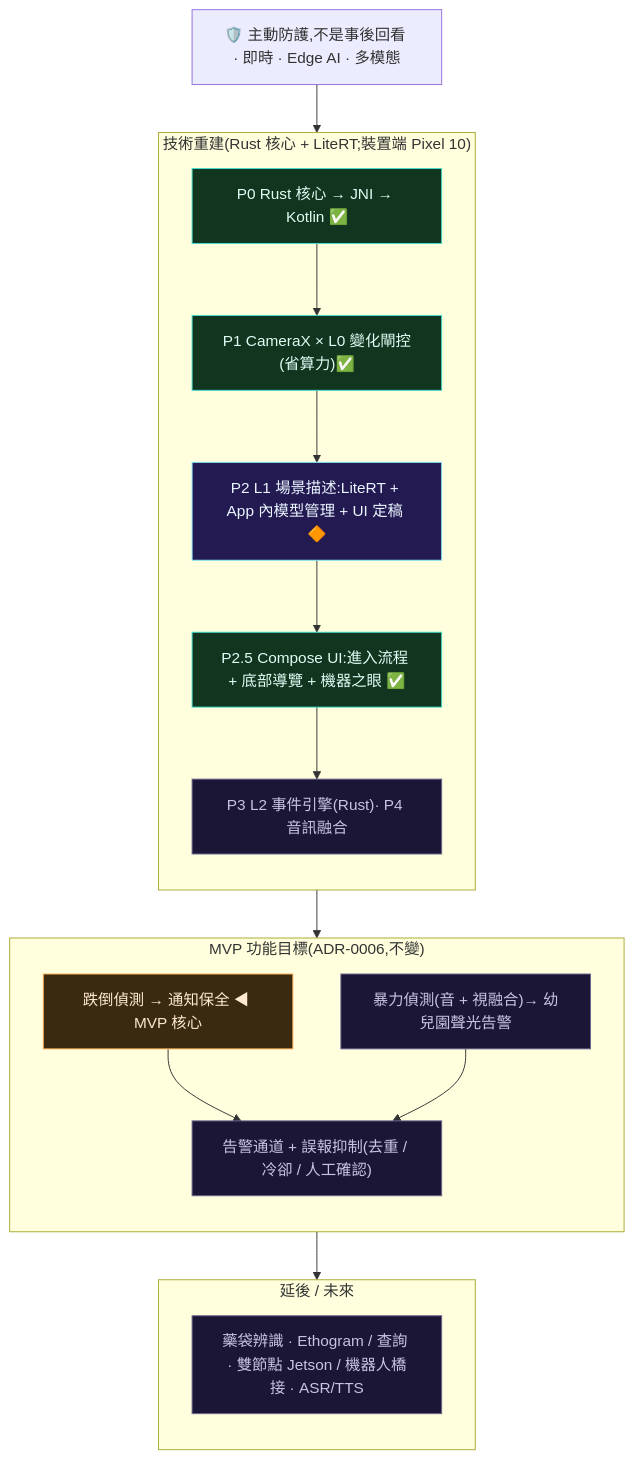
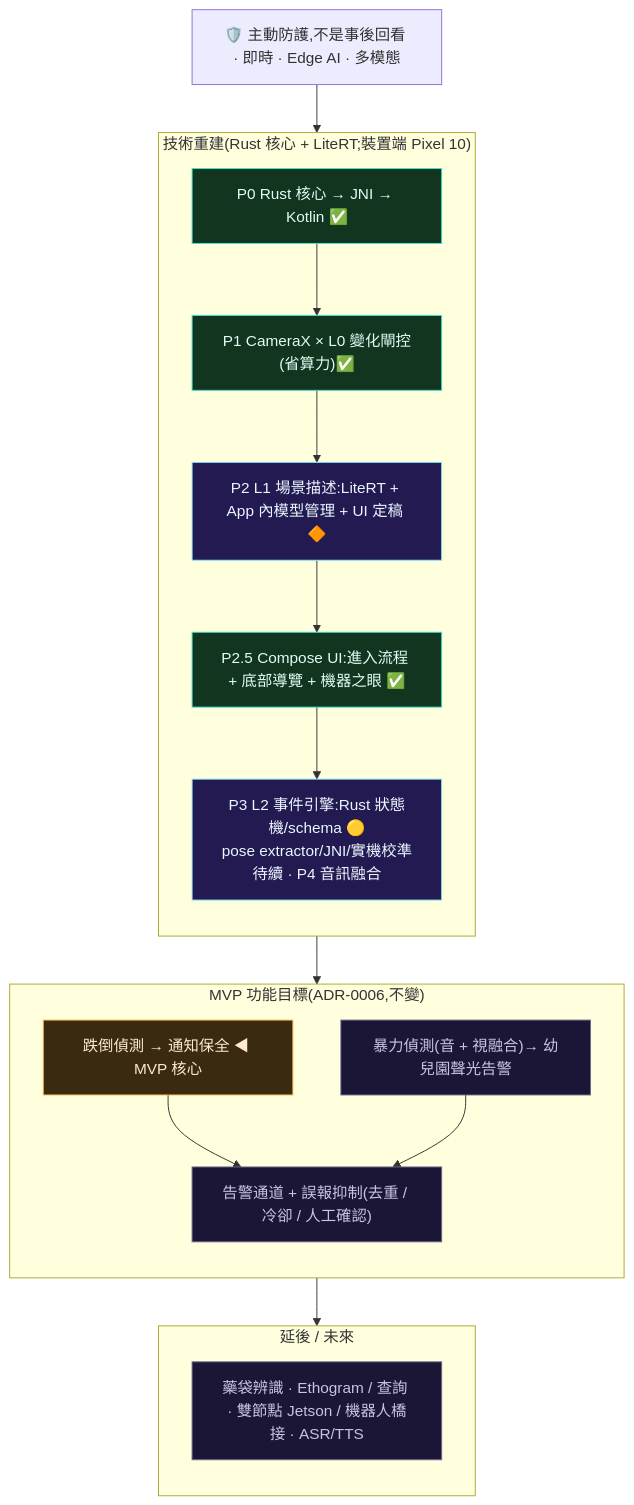
The first of 3 diagrams in README.md (TingFengChou/claustrum), drawn with Mermaid before and after one commit. The commit also changed other lines of this file and 27 other files, not shown here.

````diff
--- a/README.md
+++ b/README.md
@@ -63,39 +73,39 @@
 ```mermaid
 flowchart TD
   T["🛡️ 主動防護,不是事後回看 · 即時 · Edge AI · 多模態"]
 
   subgraph TECH["技術重建(Rust 核心 + LiteRT;裝置端 Pixel 10)"]
     direction TB
     P0["P0 Rust 核心 → JNI → Kotlin ✅"]
     P1["P1 CameraX × L0 變化閘控(省算力)✅"]
     P2["P2 L1 場景描述:LiteRT + App 內模型管理 + UI 定稿 🔶"]
     P25["P2.5 Compose UI:進入流程 + 底部導覽 + 機器之眼 ✅"]
-    P3T["P3 L2 事件引擎(Rust)· P4 音訊融合"]
+    P3T["P3 L2 事件引擎:Rust 狀態機/schema 🟡<br/>pose extractor/JNI/實機校準待續 · P4 音訊融合"]
     P0 --> P1 --> P2 --> P25 --> P3T
   end
 
   subgraph MVP["MVP 功能目標(ADR-0006,不變)"]
     direction TB
     B["跌倒偵測 → 通知保全 ◀ MVP 核心"]
     C["暴力偵測(音 + 視融合)→ 幼兒園聲光告警"]
     D["告警通道 + 誤報抑制(去重 / 冷卻 / 人工確認)"]
     B --> D
     C --> D
   end
 
   subgraph LATER["延後 / 未來"]
     direction TB
     F["藥袋辨識 · Ethogram / 查詢 · 雙節點 Jetson / 機器人橋接 · ASR/TTS"]
   end
 
   T --> TECH --> MVP --> LATER
 
   classDef done fill:#12351f,stroke:#43e0d0,color:#dffdf5;
   classDef now fill:#241a52,stroke:#8be9ff,color:#eaf6ff;
   classDef next fill:#3a2a10,stroke:#ffb054,color:#ffe9cf;
   classDef future fill:#1c1636,stroke:#6b6690,color:#c7c3e0;
   class P0,P1,P25 done;
-  class P2 now;
+  class P2,P3T now;
   class B next;
-  class C,D,P3T,F future;
+  class C,D,F future;
 ```
````
